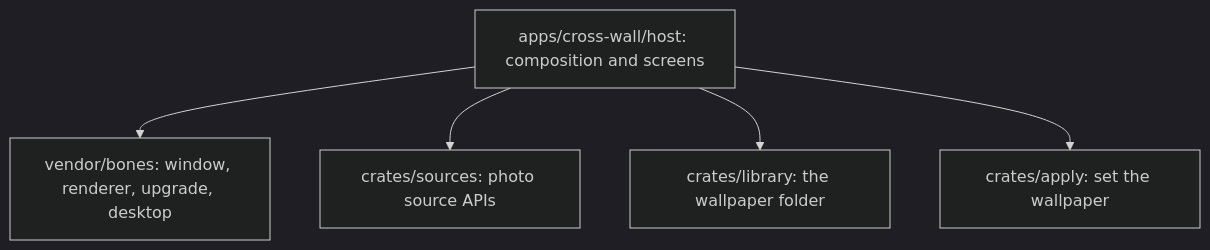
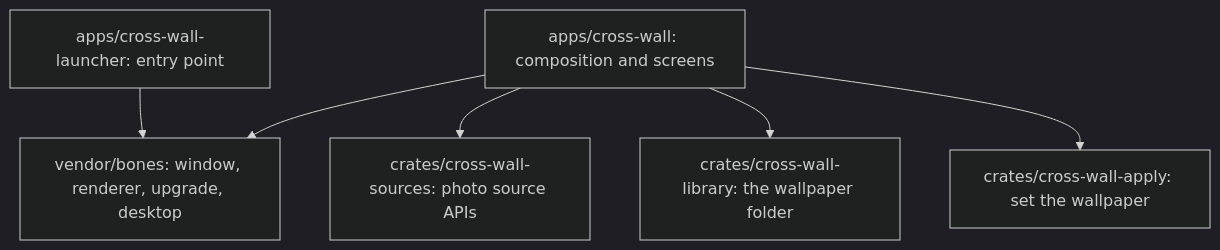
The diagram in docs/architecture.md (an-dr/cross-wall), drawn with Mermaid (dark theme) before and after one commit. The commit also changed other lines of this file and 90 other files, not shown here.

````diff
--- a/docs/architecture.md
+++ b/docs/architecture.md
@@ -5,7 +5,8 @@
 ```mermaid
 flowchart TD
-  host["apps/cross-wall/host: composition and screens"] --> bones["vendor/bones: window, renderer, upgrade, desktop"]
-  host --> sources["crates/sources: photo source APIs"]
-  host --> library["crates/library: the wallpaper folder"]
-  host --> apply["crates/apply: set the wallpaper"]
+  launcher["apps/cross-wall-launcher: entry point"] --> bones
+  host["apps/cross-wall: composition and screens"] --> bones["vendor/bones: window, renderer, upgrade, desktop"]
+  host --> sources["crates/cross-wall-sources: photo source APIs"]
+  host --> library["crates/cross-wall-library: the wallpaper folder"]
+  host --> apply["crates/cross-wall-apply: set the wallpaper"]
 ```
````
